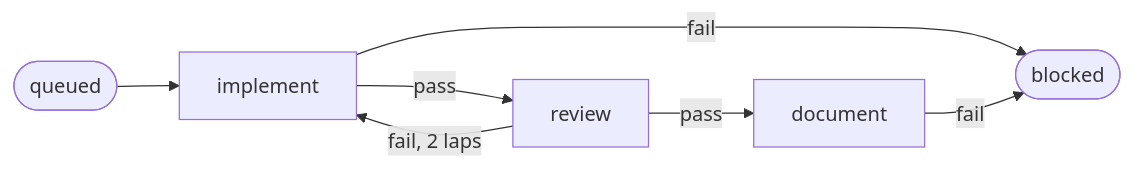
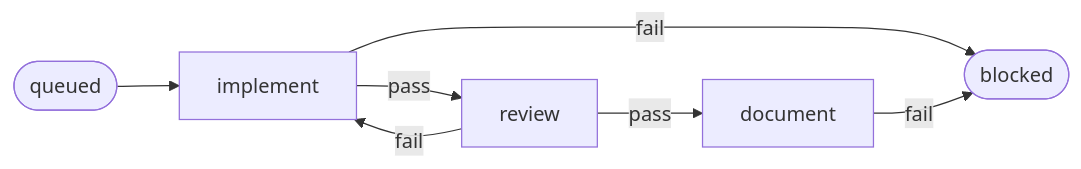
Before and after one commit to marvingygas/spoolway: the third of 4 diagrams in docs/pipelines.md, drawn with Mermaid. The commit also changed other lines of this file and 27 other files, not shown here.

````diff
--- a/docs/pipelines.md
+++ b/docs/pipelines.md
@@ -344,8 +342,8 @@
 ```mermaid
 flowchart LR
   Q([queued]) --> I[implement]
   I -->|pass| R[review]
   R -->|pass| D[document]
-  R -->|fail, 2 laps| I
+  R -->|fail| I
   I & D -->|fail| B([blocked])
 ```
````
